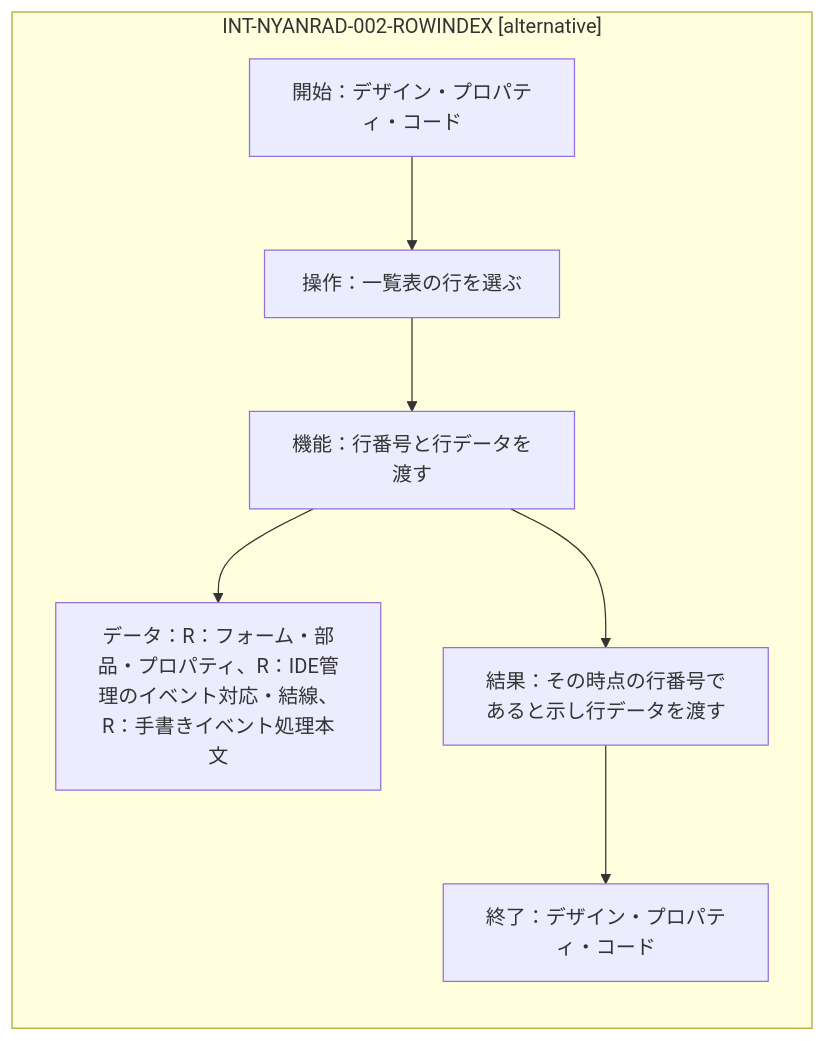
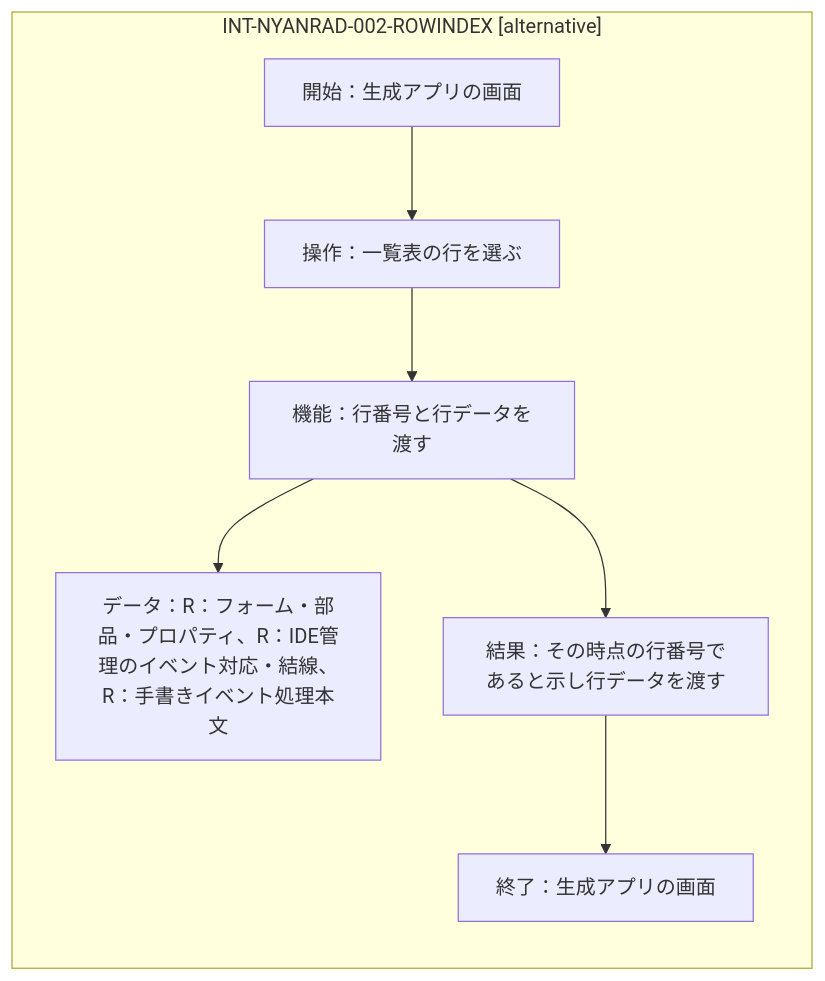
The diagram in planning/ifdam/IFDAM-NYANRAD-002/diagrams/10.mmd (kosaru/NyanRAD), drawn with Mermaid before and after one commit. The commit also changed 20 other files, not shown here.

Commit message:
Fix runtime table diagrams and present event handler options

```diff
--- a/planning/ifdam/IFDAM-NYANRAD-002/diagrams/10.mmd
+++ b/planning/ifdam/IFDAM-NYANRAD-002/diagrams/10.mmd
@@ -1,6 +1,6 @@
 flowchart LR
   subgraph I["INT-NYANRAD-002-ROWINDEX [alternative]"]
-    U["開始：デザイン・プロパティ・コード"] --> E["操作：一覧表の行を選ぶ"] --> F["機能：行番号と行データを渡す"]
+    U["開始：生成アプリの画面"] --> E["操作：一覧表の行を選ぶ"] --> F["機能：行番号と行データを渡す"]
     F --> D["データ：R：フォーム・部品・プロパティ、R：IDE管理のイベント対応・結線、R：手書きイベント処理本文"]
-    F --> R["結果：その時点の行番号であると示し行データを渡す"] --> T["終了：デザイン・プロパティ・コード"]
+    F --> R["結果：その時点の行番号であると示し行データを渡す"] --> T["終了：生成アプリの画面"]
   end
```
